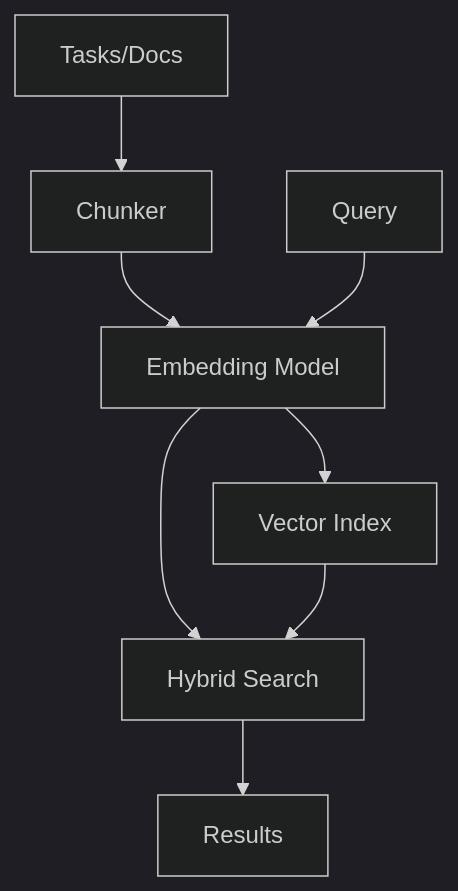
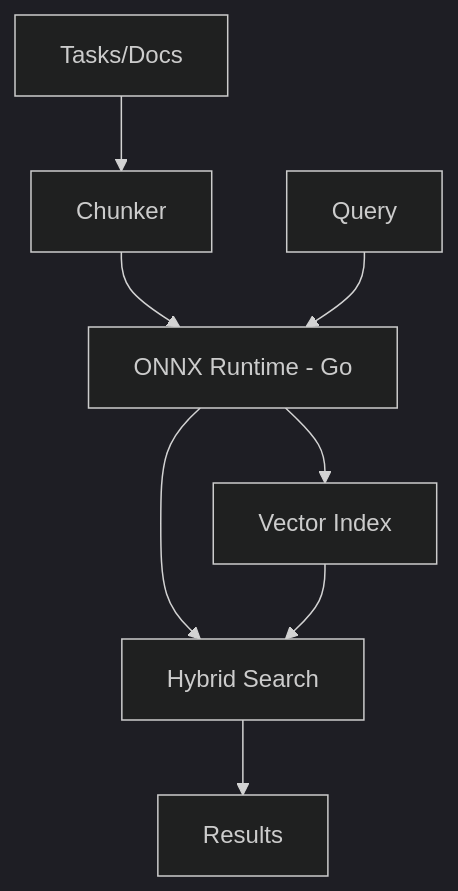
One commit to tqa24/knowns changed the first of 2 diagrams in .knowns/docs/guides/semantic-search-guide.md. Above: the diagram before and after it, drawn with Mermaid (dark theme). The commit also changed other lines of this file and 638 other files, not shown here.

````diff
--- a/.knowns/docs/guides/semantic-search-guide.md
+++ b/.knowns/docs/guides/semantic-search-guide.md
@@ -19,10 +21,10 @@
 ```mermaid
 graph TD
     A[Tasks/Docs] --> B[Chunker]
-    B --> C[Embedding Model]
+    B --> C[ONNX Runtime - Go]
     C --> D[Vector Index]
     E[Query] --> C
     C --> F[Hybrid Search]
     D --> F
     F --> G[Results]
 ```
````
